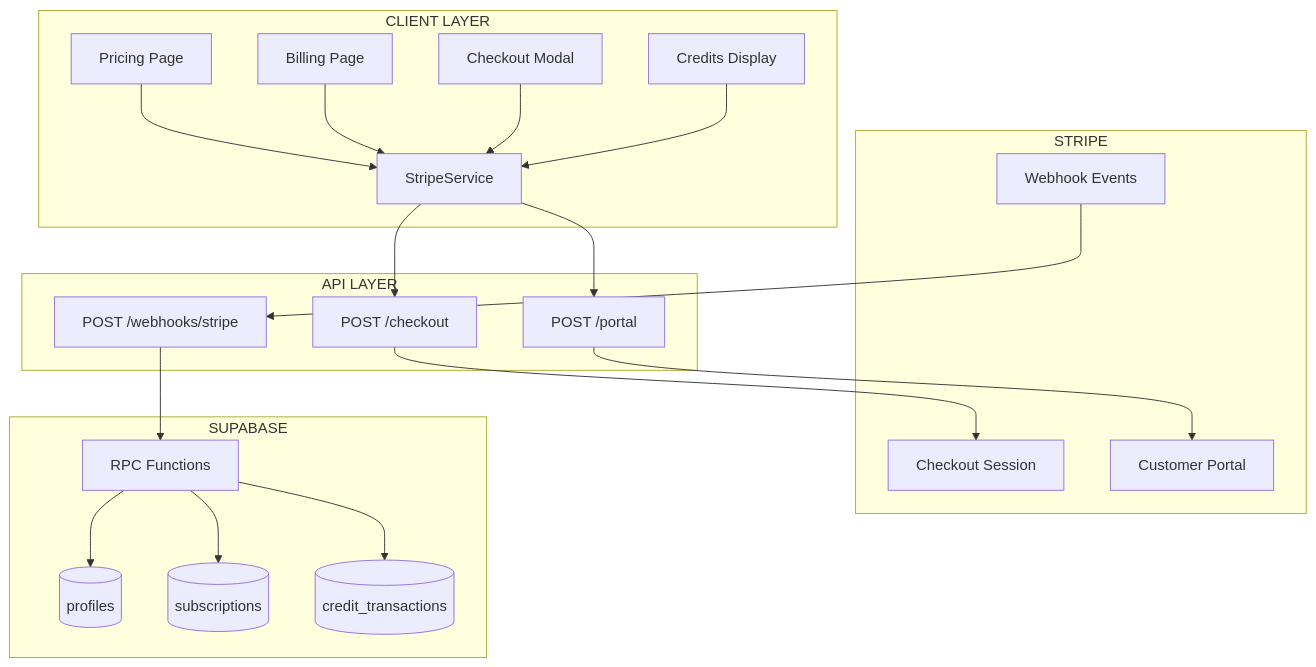
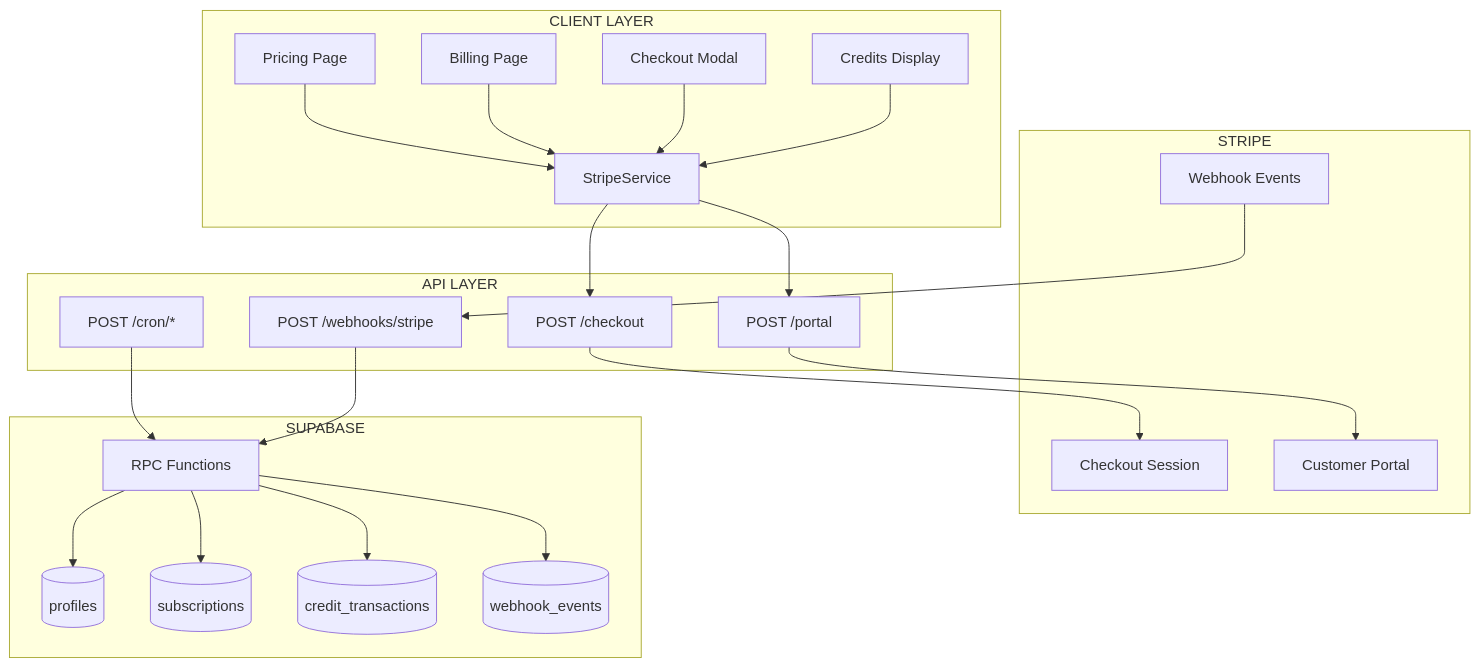
One commit to ColdstartLabs-ca/astro-saas-boilerplate changed the first of 7 diagrams in docs/technical/systems/subscription-system.md. Above: the diagram before and after it, drawn with Mermaid. The commit also changed other lines of this file and 8 other files, not shown here.

````diff
--- a/docs/technical/systems/subscription-system.md
+++ b/docs/technical/systems/subscription-system.md
@@ -130,46 +104,51 @@
 ```mermaid
 flowchart TB
     subgraph Client["CLIENT LAYER"]
         PP[Pricing Page]
         BP[Billing Page]
         CM[Checkout Modal]
         CD[Credits Display]
         SS[StripeService]
     end
 
     subgraph API["API LAYER"]
         CO[POST /checkout]
         PO[POST /portal]
         WH[POST /webhooks/stripe]
+        CR[POST /cron/*]
     end
 
     subgraph Stripe["STRIPE"]
         CS[Checkout Session]
         CP[Customer Portal]
         WE[Webhook Events]
     end
 
     subgraph Supabase["SUPABASE"]
         PR[(profiles)]
         SU[(subscriptions)]
         CT[(credit_transactions)]
+        WEVT[(webhook_events)]
         RPC[RPC Functions]
     end
 
     PP --> SS
     BP --> SS
     CM --> SS
     CD --> SS
 
     SS --> CO
     SS --> PO
 
     CO --> CS
     PO --> CP
 
     WE --> WH
+    CR --> RPC
+
     WH --> RPC
     RPC --> PR
     RPC --> SU
     RPC --> CT
+    RPC --> WEVT
 ```
````
